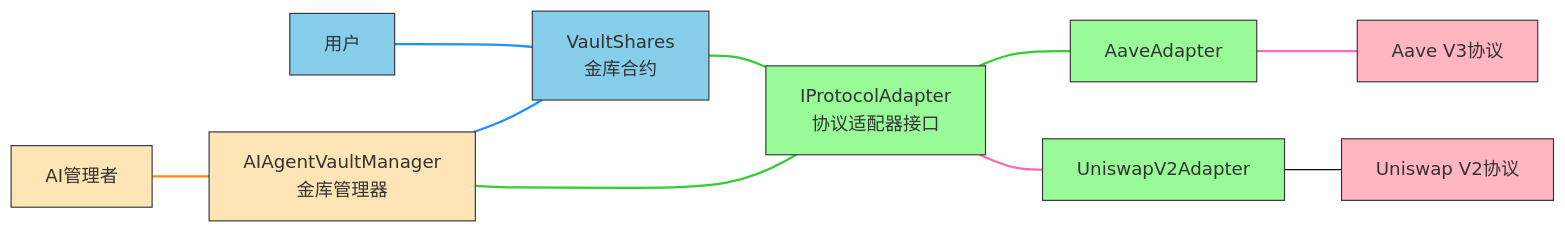
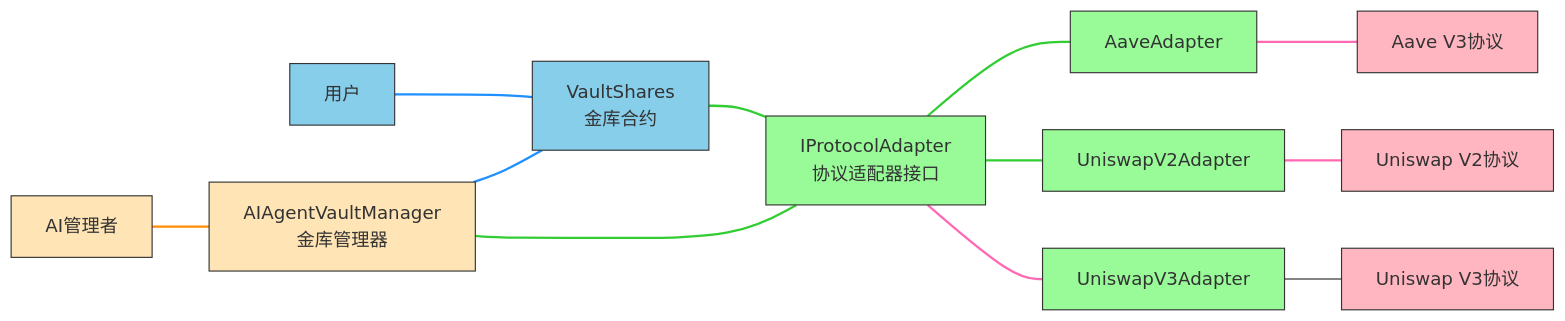
One commit to KamisAyaka/ai_vault changed the diagram in packages/foundry/README_zh.md. Above: the diagram before and after it, drawn with Mermaid (base theme). The commit also changed other lines of this file and 22 other files, not shown here.

````diff
--- a/packages/foundry/README_zh.md
+++ b/packages/foundry/README_zh.md
@@ -41,41 +60,47 @@
 ```mermaid
 graph LR
     A[AI管理者] --- B[AIAgentVaultManager<br/>金库管理器]
     C[用户] --- D[VaultShares<br/>金库合约]
     B --- D
     D --- E[IProtocolAdapter<br/>协议适配器接口]
     B --- E
     E --- F[AaveAdapter]
     E --- G[UniswapV2Adapter]
-    F --- H[Aave V3协议]
-    G --- I[Uniswap V2协议]
-    
+    E --- H[UniswapV3Adapter]
+    F --- I[Aave V3协议]
+    G --- J[Uniswap V2协议]
+    H --- K[Uniswap V3协议]
+
     style A fill:#FFE4B5,stroke:#333
     style B fill:#FFE4B5,stroke:#333
     style C fill:#87CEEB,stroke:#333
     style D fill:#87CEEB,stroke:#333
     style E fill:#98FB98,stroke:#333
     style F fill:#98FB98,stroke:#333
     style G fill:#98FB98,stroke:#333
-    style H fill:#FFB6C1,stroke:#333
+    style H fill:#98FB98,stroke:#333
     style I fill:#FFB6C1,stroke:#333
-    
+    style J fill:#FFB6C1,stroke:#333
+    style K fill:#FFB6C1,stroke:#333
+
     linkStyle 0 stroke:#FF8C00,stroke-width:2px
     linkStyle 1 stroke:#1E90FF,stroke-width:2px
     linkStyle 2 stroke:#1E90FF,stroke-width:2px
     linkStyle 3 stroke:#32CD32,stroke-width:2px
     linkStyle 4 stroke:#32CD32,stroke-width:2px
     linkStyle 5 stroke:#32CD32,stroke-width:2px
-    linkStyle 6 stroke:#FF69B4,stroke-width:2px
+    linkStyle 6 stroke:#32CD32,stroke-width:2px
     linkStyle 7 stroke:#FF69B4,stroke-width:2px
-    
+    linkStyle 8 stroke:#FF69B4,stroke-width:2px
+    linkStyle 9 stroke:#FF69B4,stroke-width:2px
+
     classDef management fill:#FFE4B5,stroke:#333;
     classDef execution fill:#87CEEB,stroke:#333;
     classDef adapter fill:#98FB98,stroke:#333;
     classDef protocol fill:#FFB6C1,stroke:#333;
-    
+
     class A,B management;
     class C,D execution;
-    class E,F,G adapter;
-    class H,I protocol;
+    class E,F,G,H adapter;
+    class I,J,K protocol;
 ```
````
